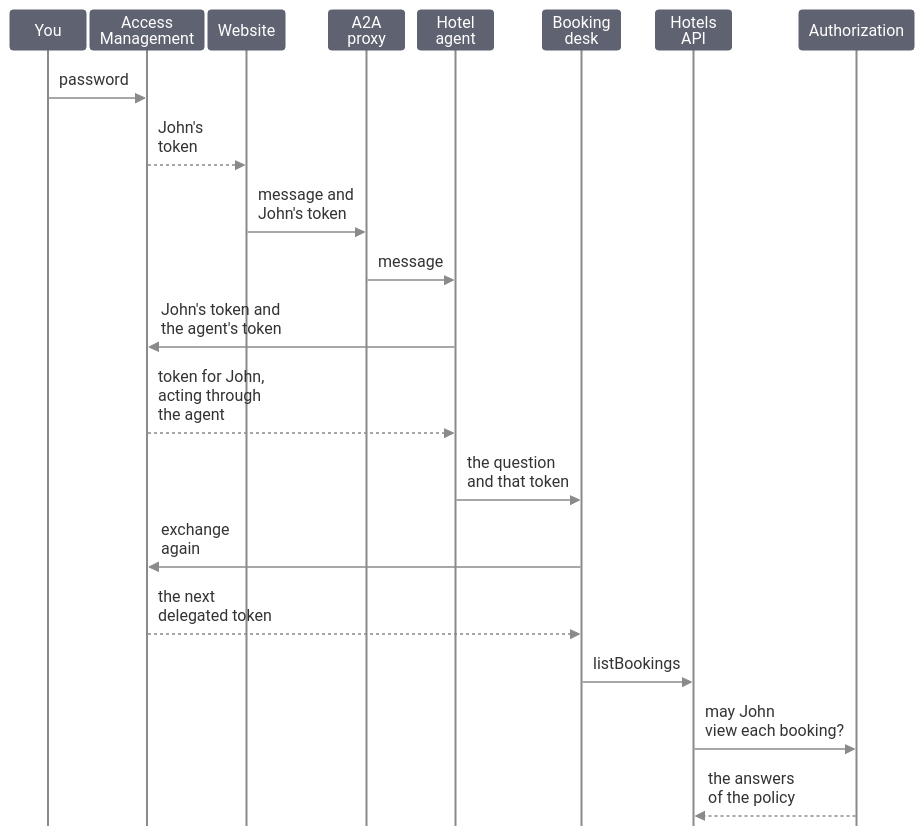
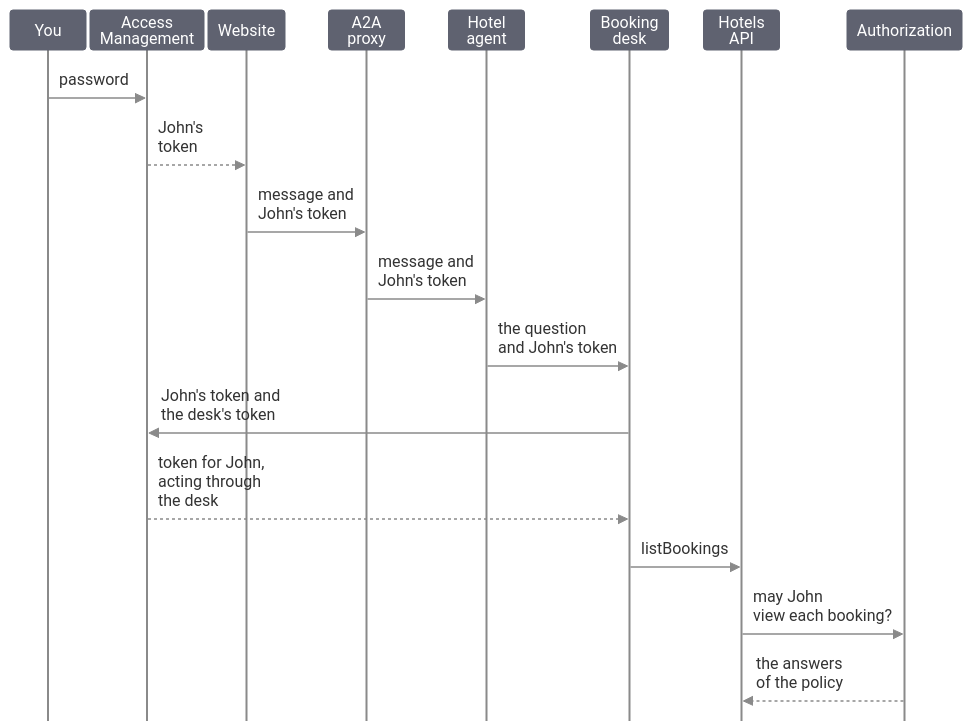
The second of 2 diagrams in playgrounds/acme-hotels/guide.md (ricardomartins-gravitee/ricardo-public-demos), drawn with Mermaid before and after one commit. The commit also changed other lines of this file and 15 other files, not shown here.

First line of the commit message:
Let the booking desk exchange the guest token.

````diff
--- a/playgrounds/acme-hotels/guide.md
+++ b/playgrounds/acme-hotels/guide.md
@@ -104,24 +103,22 @@
 ```mermaid
 %%{init: {"theme": "base", "themeVariables": {"actorBkg": "#5f6270", "actorBorder": "#5f6270", "actorTextColor": "#ffffff", "actorLineColor": "#8a8a8a", "signalColor": "#8a8a8a", "lineColor": "#8a8a8a"}, "sequence": {"width": 76, "height": 40, "actorMargin": 4, "messageMargin": 32, "mirrorActors": false, "messageAlign": "left", "actorFontSize": 14, "messageFontSize": 13}}}%%
 sequenceDiagram
   participant You
   participant AM as Access<br/>Management
   participant Web as Website
   participant A2A as A2A<br/>proxy
   participant Agent as Hotel<br/>agent
   participant Desk as Booking<br/>desk
   participant API as Hotels<br/>API
   participant Authz as Authorization
   You->>AM: password
   AM-->>Web: John's<br/>token
   Web->>A2A: message and<br/>John's token
-  A2A->>Agent: message
-  Agent->>AM: John's token and<br/>the agent's token
-  AM-->>Agent: token for John,<br/>acting through<br/>the agent
-  Agent->>Desk: the question<br/>and that token
-  Desk->>AM: exchange<br/>again
-  AM-->>Desk: the next<br/>delegated token
+  A2A->>Agent: message and<br/>John's token
+  Agent->>Desk: the question<br/>and John's token
+  Desk->>AM: John's token and<br/>the desk's token
+  AM-->>Desk: token for John,<br/>acting through<br/>the desk
   Desk->>API: listBookings
   API->>Authz: may John<br/>view each booking?
   Authz-->>API: the answers<br/>of the policy
 ```
````
